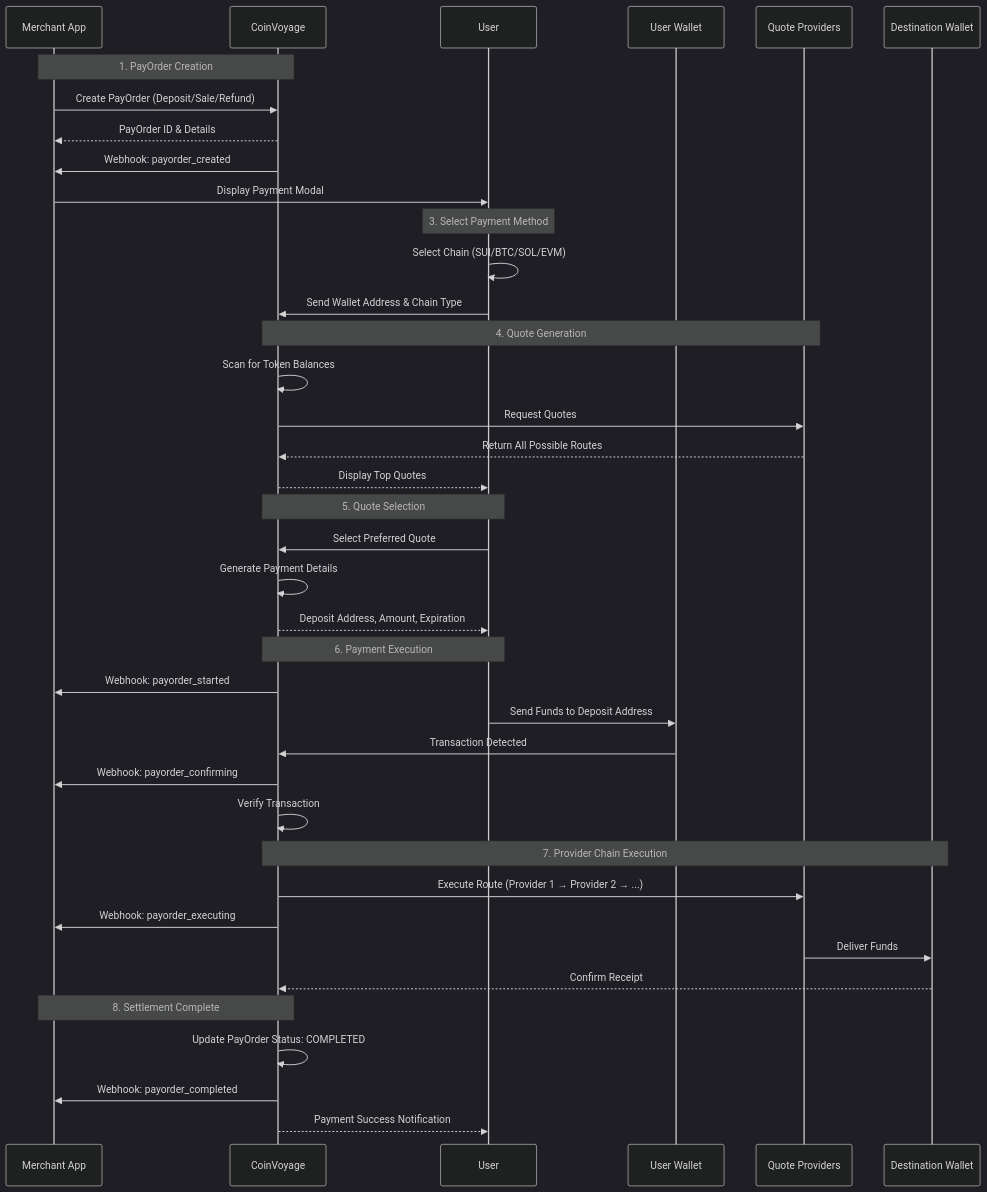
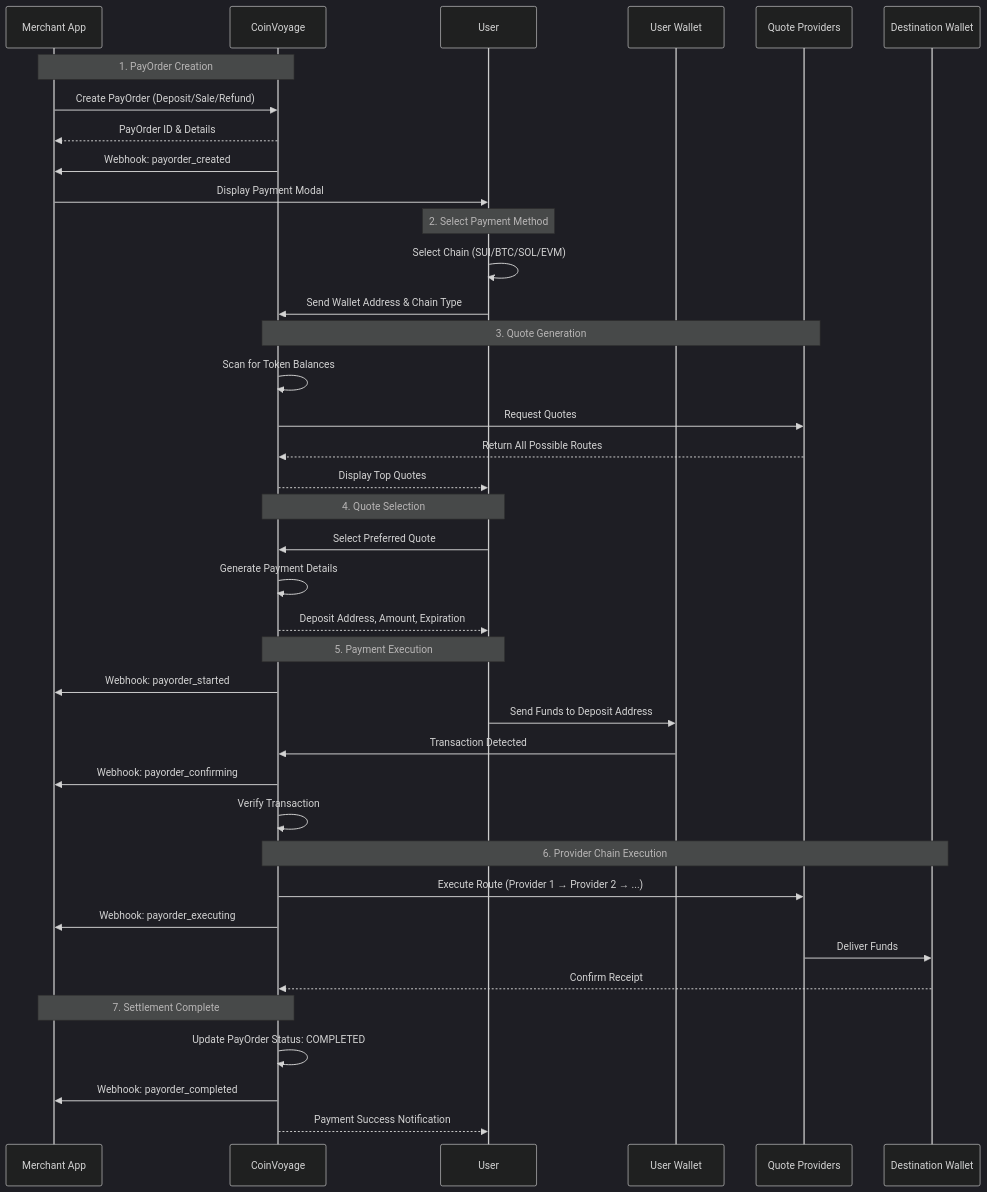
One commit to coin-voyage/docs changed the diagram in overview/how-it-works.md. Above: the diagram before and after it, drawn with Mermaid (dark theme).

Commit message:
fix: numbering

````diff
--- a/overview/how-it-works.md
+++ b/overview/how-it-works.md
@@ -29,48 +29,48 @@
 ```mermaid
 sequenceDiagram
     participant Merchant as Merchant App
     participant CV as CoinVoyage
     participant User as User
     participant Wallet as User Wallet
     participant Providers as Quote Providers
     participant Dest as Destination Wallet
 
     Note over Merchant,CV: 1. PayOrder Creation
     Merchant->>CV: Create PayOrder (Deposit/Sale/Refund)
     CV-->>Merchant: PayOrder ID & Details
     CV->>Merchant: Webhook: payorder_created
     Merchant->>User: Display Payment Modal
 
-    Note over User,User: 3. Select Payment Method
+    Note over User,User: 2. Select Payment Method
     User->>User: Select Chain (SUI/BTC/SOL/EVM)
     User->>CV: Send Wallet Address & Chain Type
 
-    Note over CV,Providers: 4. Quote Generation
+    Note over CV,Providers: 3. Quote Generation
     CV->>CV: Scan for Token Balances
     CV->>Providers: Request Quotes
     Providers-->>CV: Return All Possible Routes
     CV-->>User: Display Top Quotes
 
-    Note over User,CV: 5. Quote Selection
+    Note over User,CV: 4. Quote Selection
     User->>CV: Select Preferred Quote
     CV->>CV: Generate Payment Details
     CV-->>User: Deposit Address, Amount, Expiration
 
-    Note over User,CV: 6. Payment Execution
+    Note over User,CV: 5. Payment Execution
     CV->>Merchant: Webhook: payorder_started
     User->>Wallet: Send Funds to Deposit Address
     Wallet->>CV: Transaction Detected
     CV->>Merchant: Webhook: payorder_confirming
     CV->>CV: Verify Transaction
 
-    Note over CV,Dest: 7. Provider Chain Execution
+    Note over CV,Dest: 6. Provider Chain Execution
     CV->>Providers: Execute Route (Provider 1 → Provider 2 → ...)
     CV->>Merchant: Webhook: payorder_executing
     Providers->>Dest: Deliver Funds
     Dest-->>CV: Confirm Receipt
 
-    Note over CV,Merchant: 8. Settlement Complete
+    Note over CV,Merchant: 7. Settlement Complete
     CV->>CV: Update PayOrder Status: COMPLETED
     CV->>Merchant: Webhook: payorder_completed
     CV-->>User: Payment Success Notification
 ```
````
